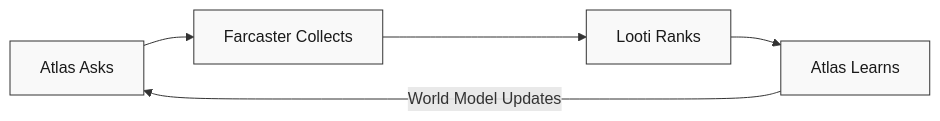
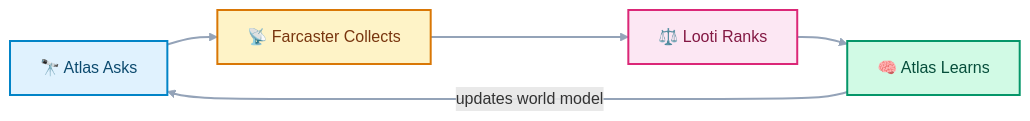
Before and after one commit to Atlas-World-Model/atlas: the first of 4 diagrams in README.md, drawn with Mermaid. The commit also changed other lines of this file, not shown here.

First line of the commit message:
polish Mermaid diagrams with cohesive color palette

````diff
--- a/README.md
+++ b/README.md
@@ -25,12 +25,14 @@
 ```mermaid
 graph LR
-    A["Atlas Asks"] --> B["Farcaster Collects"]
-    B --> C["Looti Ranks"]
-    C --> D["Atlas Learns"]
-    D -->|"World Model Updates"| A
+    A["🔭 Atlas Asks"] --> B["📡 Farcaster Collects"]
+    B --> C["⚖️ Looti Ranks"]
+    C --> D["🧠 Atlas Learns"]
+    D -->|"updates world model"| A
 
-    style A fill:#f9f9f9,stroke:#333,color:#1a1a1a
-    style B fill:#f9f9f9,stroke:#333,color:#1a1a1a
-    style C fill:#f9f9f9,stroke:#333,color:#1a1a1a
-    style D fill:#f9f9f9,stroke:#333,color:#1a1a1a
+    style A fill:#e0f2fe,stroke:#0284c7,stroke-width:2px,color:#0c4a6e
+    style B fill:#fef3c7,stroke:#d97706,stroke-width:2px,color:#78350f
+    style C fill:#fce7f3,stroke:#db2777,stroke-width:2px,color:#831843
+    style D fill:#d1fae5,stroke:#059669,stroke-width:2px,color:#064e3b
+
+    linkStyle default stroke:#94a3b8,stroke-width:2px
 ```
````
